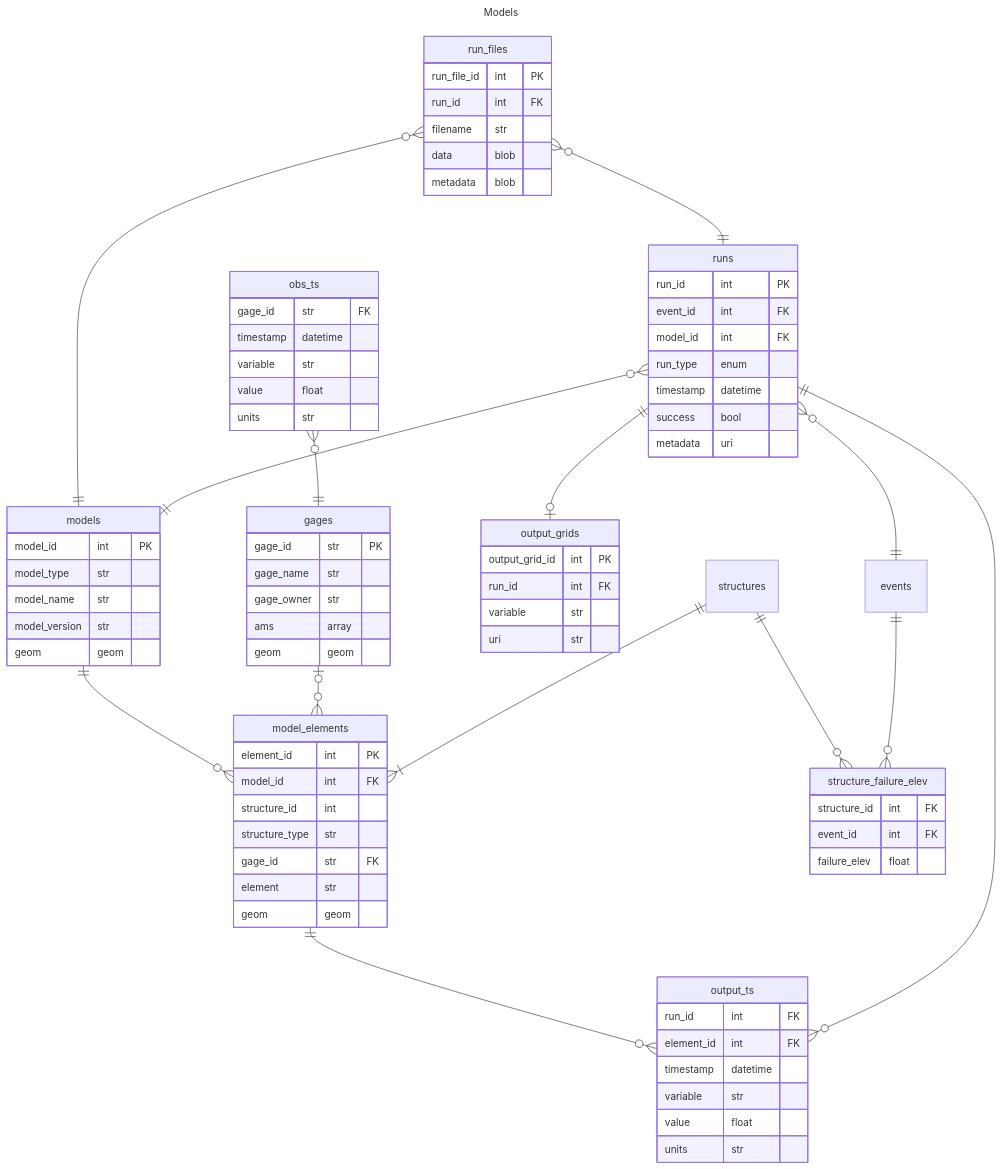
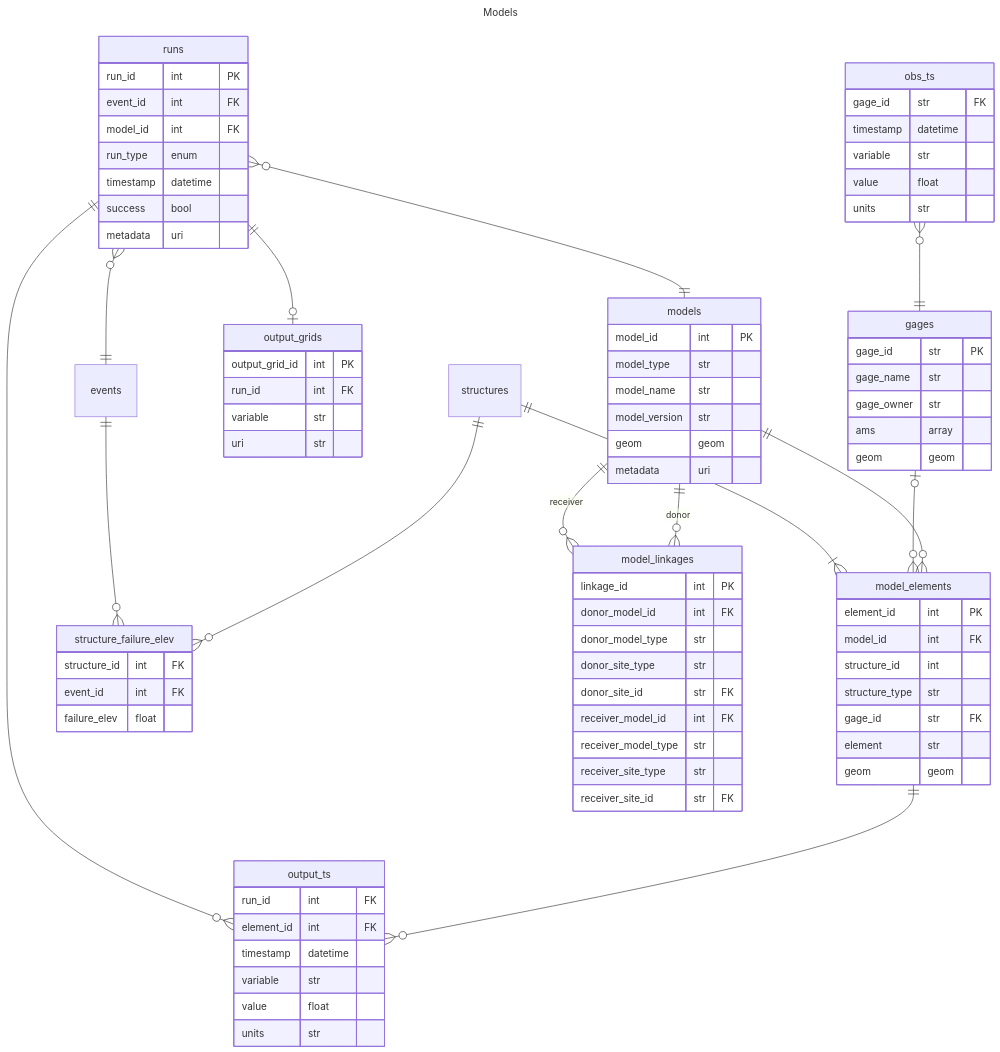
One commit to fema-ffrd/ffrd-data-model changed the diagram in rdb/models.mmd. Above: the diagram before and after it, drawn with Mermaid. The commit also changed 2 other files, not shown here.

```diff
--- a/rdb/models.mmd
+++ b/rdb/models.mmd
@@ -1,89 +1,94 @@
 ---
 title: Models
 ---
 
 erDiagram
 
     obs_ts }o--|| gages : ""
     models ||--o{ model_elements : ""
     model_elements ||--o{ output_ts : ""
-    run_files }o--|| models : ""
-    run_files }o--|| runs : ""
     gages |o--o{ model_elements : ""
     runs ||--o{ output_ts : ""
     runs ||--o| output_grids : ""
     structures ||--|{ model_elements : ""
     structures ||--o{ structure_failure_elev : ""
     events ||--o{ structure_failure_elev : ""
     runs }o--|| models : ""
     runs }o--|| events : ""
+    models ||--o{ model_linkages : "donor"
+    models ||--o{ model_linkages : "receiver"
 
     events {
        }
     gages {
         gage_id str PK
         gage_name str
         gage_owner str
         ams array
         geom geom
     }
     models {
         model_id int PK
         model_type str
         model_name str
         model_version str
         geom geom
+        metadata uri
     }
     model_elements {
         element_id int PK
         model_id int FK
         structure_id int
         structure_type str
         gage_id str FK
         element str
         geom geom
-    }
-    run_files {
-        run_file_id int PK
-        run_id int FK
-        filename str
-        data blob
-        metadata blob
     }
     output_ts {
         run_id int FK
         element_id int FK
         timestamp datetime
         variable str
         value float
         units str
     }
     output_grids {
         output_grid_id int PK
         run_id int FK
         variable str
         uri str
     }
     obs_ts {
         gage_id str FK
         timestamp datetime
         variable str
         value float
         units str
     }
+    model_linkages {
+        linkage_id int PK
+        donor_model_id int FK
+        donor_model_type str
+        donor_site_type str
+        donor_site_id str FK
+        receiver_model_id int FK
+        receiver_model_type str
+        receiver_site_type str
+        receiver_site_id str FK
+    }
     structures {
     }
     runs {
         run_id int PK
         event_id int FK
         model_id int FK
         run_type enum
         timestamp datetime
         success bool
         metadata uri
     }
     structure_failure_elev {
         structure_id int FK
         event_id int FK
         failure_elev float
     }
```
